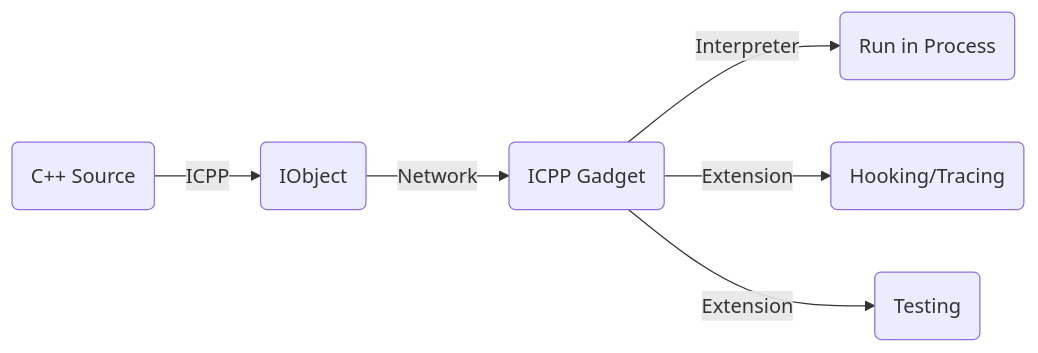
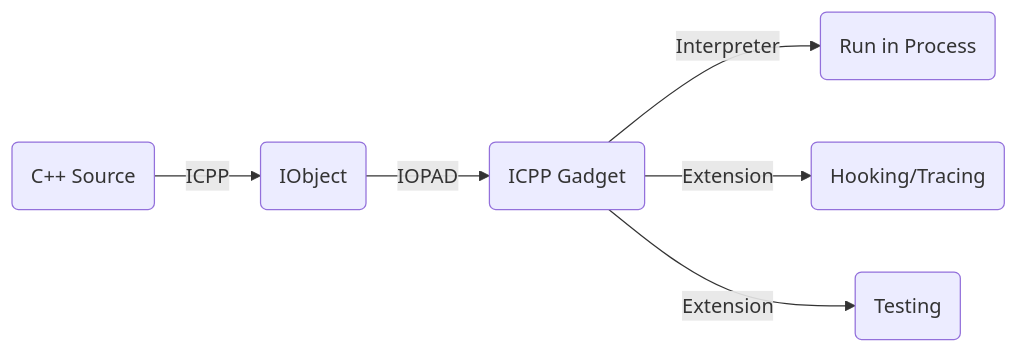
The second of 2 diagrams in README.md (vpand/icpp), drawn with Mermaid before and after one commit. The commit also changed other lines of this file and 6 other files, not shown here.

Commit message:
prepare the iopad tool to be interative with icpp-gadget.

````diff
--- a/README.md
+++ b/README.md
@@ -39,8 +39,8 @@
 ```mermaid
 graph LR
     A(C++ Source) -- ICPP --> B(IObject)
-    B -- Network --> C(ICPP Gadget)
+    B -- IOPAD --> C(ICPP Gadget)
     C -- Interpreter --> D(Run in Process)
     C -- Extension --> E(Hooking/Tracing)
     C -- Extension --> F(Testing)
 ```
````
